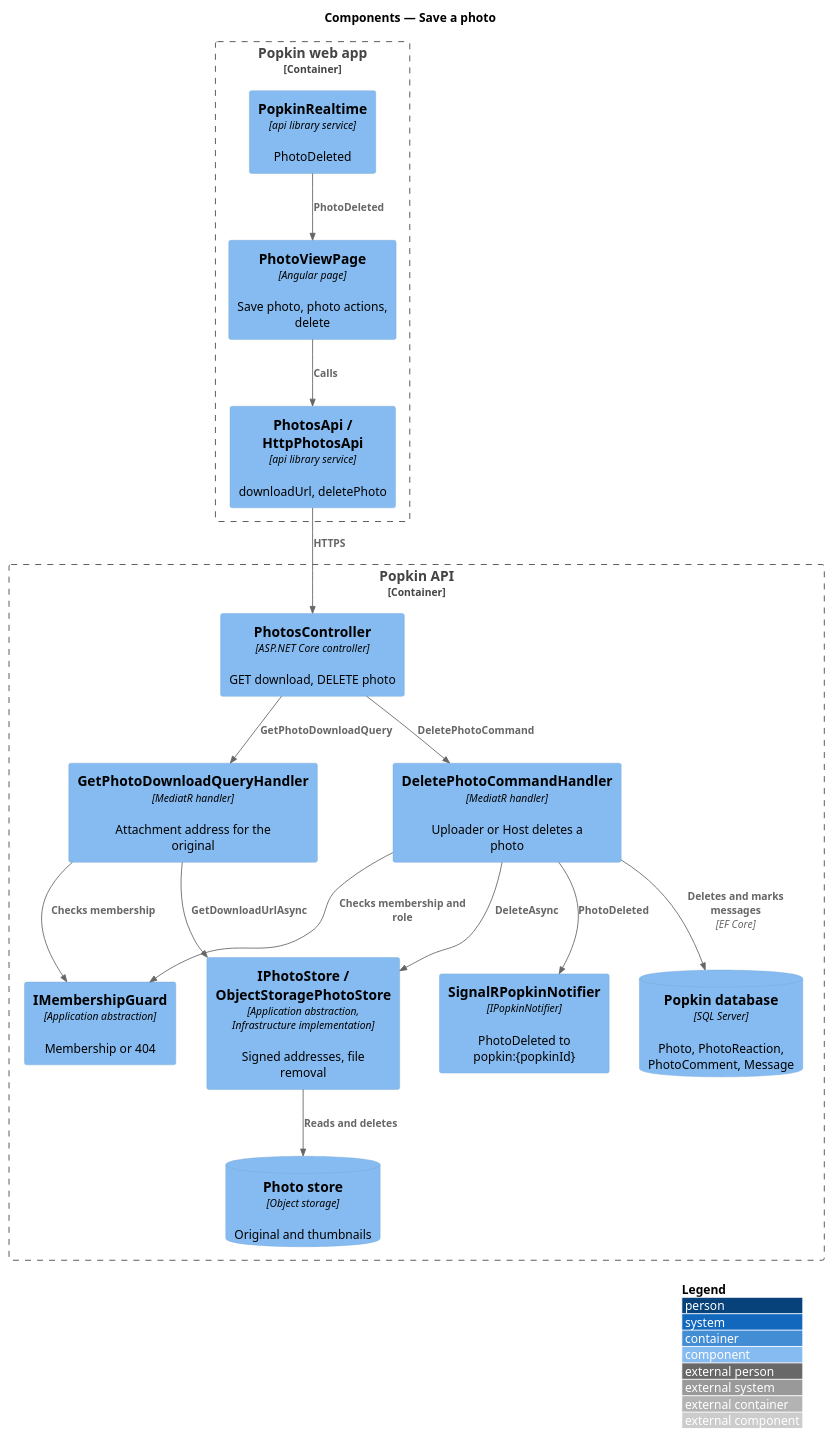
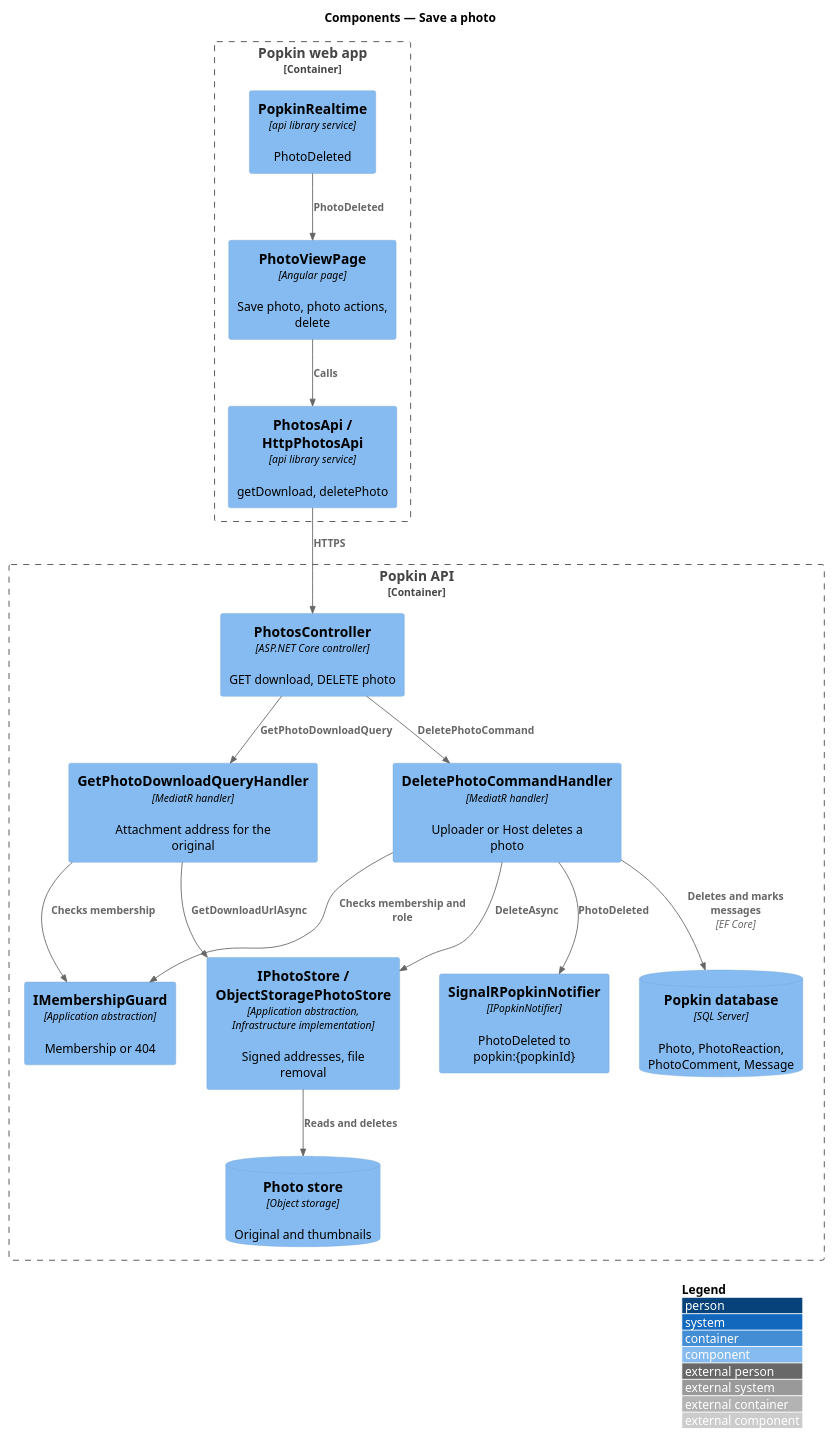
The diagram in docs/detailed-designs/photos/save-photo/diagrams/c4-component.puml (QuinntyneBrown/popkin), drawn with PlantUML before and after one commit. The commit also changed 3 other files, not shown here.

```diff
--- a/docs/detailed-designs/photos/save-photo/diagrams/c4-component.puml
+++ b/docs/detailed-designs/photos/save-photo/diagrams/c4-component.puml
@@ -1,33 +1,33 @@
 @startuml
 !include <C4/C4_Component>
 LAYOUT_WITH_LEGEND()
 title Components — Save a photo
 
 Container_Boundary(spa, "Popkin web app") {
   Component(page, "PhotoViewPage", "Angular page", "Save photo, photo actions, delete")
-  Component(photosApi, "PhotosApi / HttpPhotosApi", "api library service", "downloadUrl, deletePhoto")
+  Component(photosApi, "PhotosApi / HttpPhotosApi", "api library service", "getDownload, deletePhoto")
   Component(rt, "PopkinRealtime", "api library service", "PhotoDeleted")
 }
 Container_Boundary(api, "Popkin API") {
   Component(ctrl, "PhotosController", "ASP.NET Core controller", "GET download, DELETE photo")
   Component(dl, "GetPhotoDownloadQueryHandler", "MediatR handler", "Attachment address for the original")
   Component(del, "DeletePhotoCommandHandler", "MediatR handler", "Uploader or Host deletes a photo")
   Component(guard, "IMembershipGuard", "Application abstraction", "Membership or 404")
   Component(store, "IPhotoStore / ObjectStoragePhotoStore", "Application abstraction, Infrastructure implementation", "Signed addresses, file removal")
   Component(notifier, "SignalRPopkinNotifier", "IPopkinNotifier", "PhotoDeleted to popkin:{popkinId}")
   ComponentDb(db, "Popkin database", "SQL Server", "Photo, PhotoReaction, PhotoComment, Message")
   ComponentDb(files, "Photo store", "Object storage", "Original and thumbnails")
 }
 Rel(page, photosApi, "Calls")
 Rel(rt, page, "PhotoDeleted")
 Rel(photosApi, ctrl, "HTTPS")
 Rel(ctrl, dl, "GetPhotoDownloadQuery")
 Rel(ctrl, del, "DeletePhotoCommand")
 Rel(dl, guard, "Checks membership")
 Rel(del, guard, "Checks membership and role")
 Rel(dl, store, "GetDownloadUrlAsync")
 Rel(del, db, "Deletes and marks messages", "EF Core")
 Rel(del, store, "DeleteAsync")
 Rel(store, files, "Reads and deletes")
 Rel(del, notifier, "PhotoDeleted")
 @enduml
```
